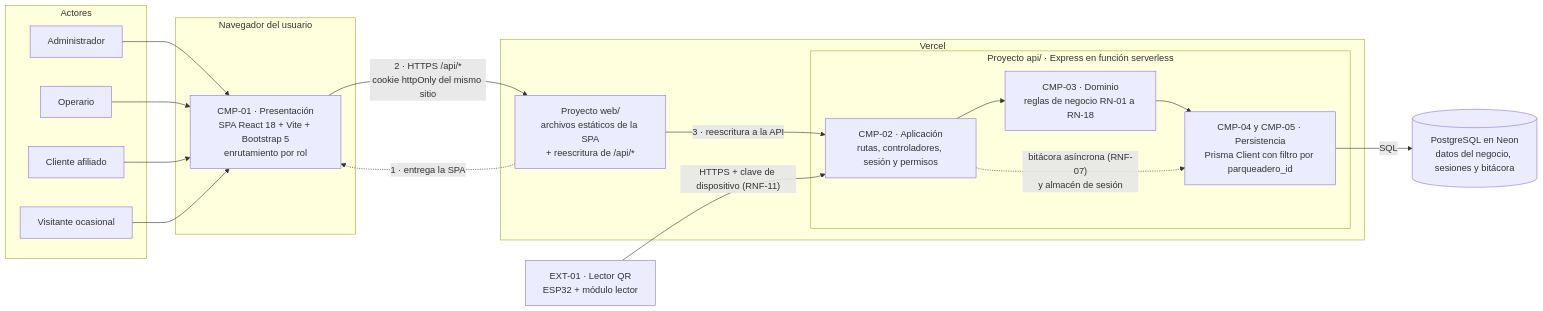
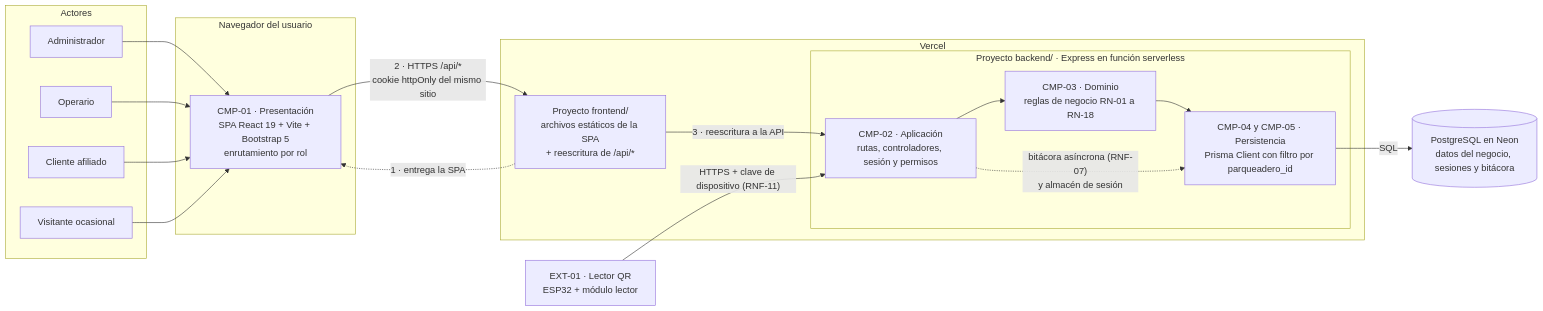
One commit to marianauribe57-art/web-design-apar-car changed the first of 4 diagrams in README.md. Above: the diagram before and after it, drawn with Mermaid. The commit also changed other lines of this file, not shown here.

````diff
--- a/README.md
+++ b/README.md
@@ -75,36 +80,36 @@
 ```mermaid
 flowchart LR
     subgraph ACT["Actores"]
         ADM["Administrador"]
         OPE["Operario"]
         CLI["Cliente afiliado"]
         OCA["Visitante ocasional"]
     end
 
     subgraph NAV["Navegador del usuario"]
-        SPA["CMP-01 · Presentación<br/>SPA React 18 + Vite + Bootstrap 5<br/>enrutamiento por rol"]
+        SPA["CMP-01 · Presentación<br/>SPA React 19 + Vite + Bootstrap 5<br/>enrutamiento por rol"]
     end
 
     LECTOR["EXT-01 · Lector QR<br/>ESP32 + módulo lector"]
 
     subgraph VERCEL["Vercel"]
-        WEB["Proyecto web/<br/>archivos estáticos de la SPA<br/>+ reescritura de /api/*"]
-        subgraph API["Proyecto api/ · Express en función serverless"]
+        WEB["Proyecto frontend/<br/>archivos estáticos de la SPA<br/>+ reescritura de /api/*"]
+        subgraph API["Proyecto backend/ · Express en función serverless"]
             APP["CMP-02 · Aplicación<br/>rutas, controladores, sesión y permisos"]
             DOM["CMP-03 · Dominio<br/>reglas de negocio RN-01 a RN-18"]
             PER["CMP-04 y CMP-05 · Persistencia<br/>Prisma Client con filtro por parqueadero_id"]
         end
     end
 
     DB[("PostgreSQL en Neon<br/>datos del negocio, sesiones y bitácora")]
 
     ADM & OPE & CLI & OCA --> SPA
     WEB -. "1 · entrega la SPA" .-> SPA
     SPA -->|"2 · HTTPS /api/*<br/>cookie httpOnly del mismo sitio"| WEB
     WEB -->|"3 · reescritura a la API"| APP
     LECTOR -->|"HTTPS + clave de dispositivo (RNF-11)"| APP
     APP --> DOM
     DOM --> PER
     APP -. "bitácora asíncrona (RNF-07)<br/>y almacén de sesión" .-> PER
     PER -->|"SQL"| DB
 ```
````
